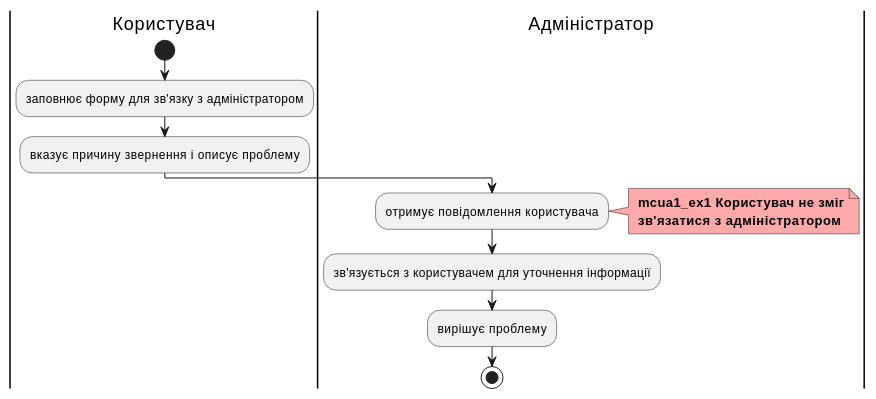
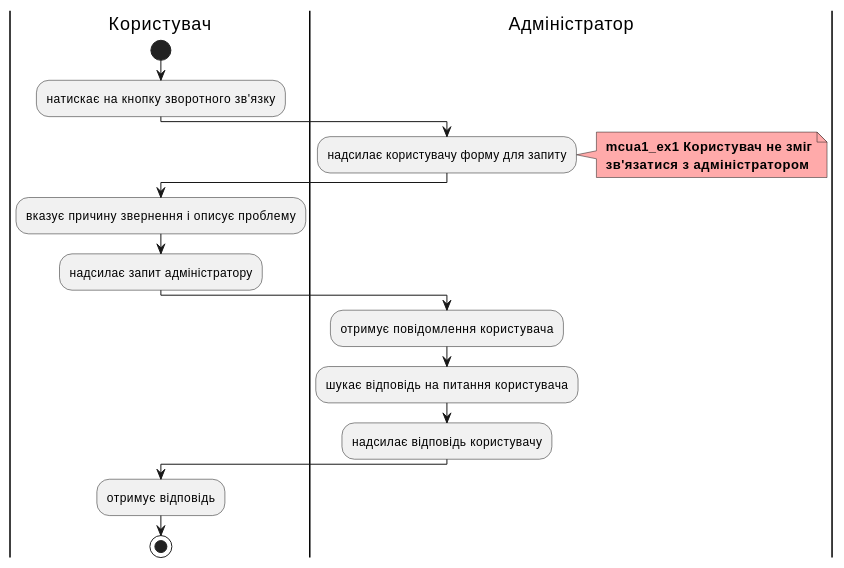
One commit to ukioxz/media-content-analyzing-system changed the seventh of 10 diagrams in docs/use cases/README.md. Above: the diagram before and after it, drawn with PlantUML. The commit also changed other lines of this file and 1 other file, not shown here.

```diff
--- a/docs/use cases/README.md
+++ b/docs/use cases/README.md
@@ -173,17 +270,23 @@
 @startuml
 
 |Користувач|
 start
-:заповнює форму для зв'язку з адміністратором;  
-:вказує причину звернення і описує проблему;
+:натискає на кнопку зворотного зв'язку;
 |Адміністратор| 
-:отримує повідомлення користувача;
+:надсилає користувачу форму для запиту;
 note right #ffaaaa
 <b> mcua1_ex1 Користувач не зміг
 <b> зв'язатися з адміністратором
 end note
-:зв'язується з користувачем для уточнення інформації;
-:вирішує проблему;
+|Користувач|
+:вказує причину звернення і описує проблему;
+:надсилає запит адміністратору;
+|Адміністратор| 
+:отримує повідомлення користувача;
+:шукає відповідь на питання користувача;
+:надсилає відповідь користувачу;
+|Користувач|
+:отримує відповідь;
 stop
 
 @enduml
```
